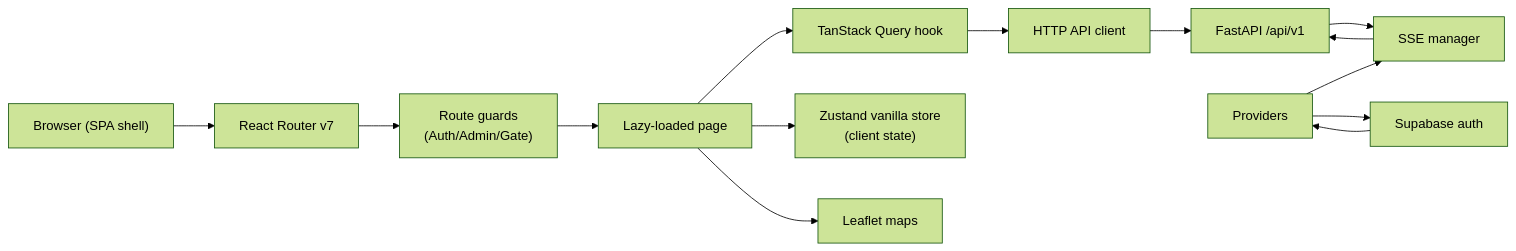
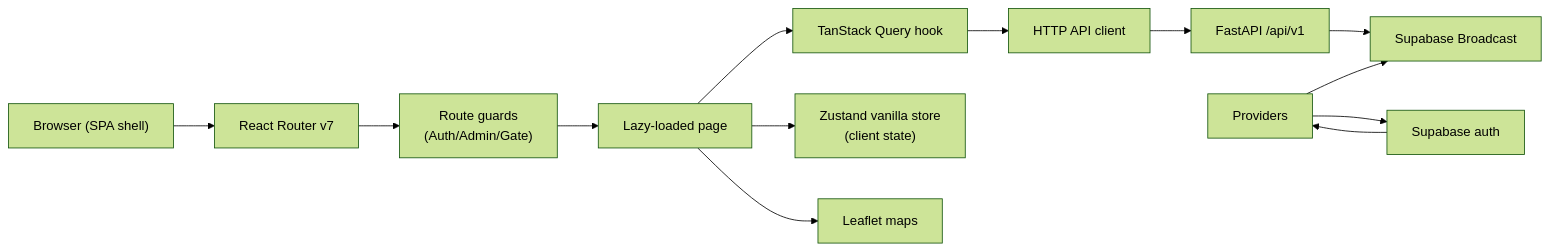
The first of 2 diagrams in .wiki/overview/architecture.md (360ghar/360-flatmates-web), drawn with Mermaid (forest theme) before and after one commit. The commit also changed other lines of this file and 160 other files, not shown here.

````diff
--- a/.wiki/overview/architecture.md
+++ b/.wiki/overview/architecture.md
@@ -5,16 +5,15 @@
 ```mermaid
 graph LR
     Browser["Browser (SPA shell)"] --> Router["React Router v7"]
     Router --> Guard["Route guards<br/>(Auth/Admin/Gate)"]
     Guard --> Page["Lazy-loaded page"]
     Page --> Query["TanStack Query hook"]
     Query --> Client["HTTP API client"]
     Client --> Backend["FastAPI /api/v1"]
     Page --> Store["Zustand vanilla store<br/>(client state)"]
-    Provider["Providers"] --> SSE["SSE manager"]
-    SSE --> Backend
-    Backend --> SSE
+    Provider["Providers"] --> RT["Supabase Broadcast"]
+    Backend --> RT
     Provider --> Supabase["Supabase auth"]
     Supabase --> Provider
     Page --> Map["Leaflet maps"]
 ```
````
